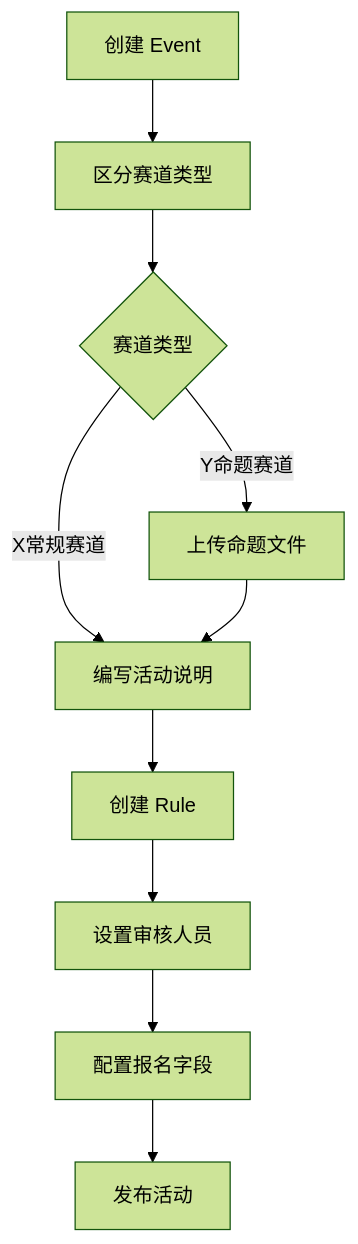
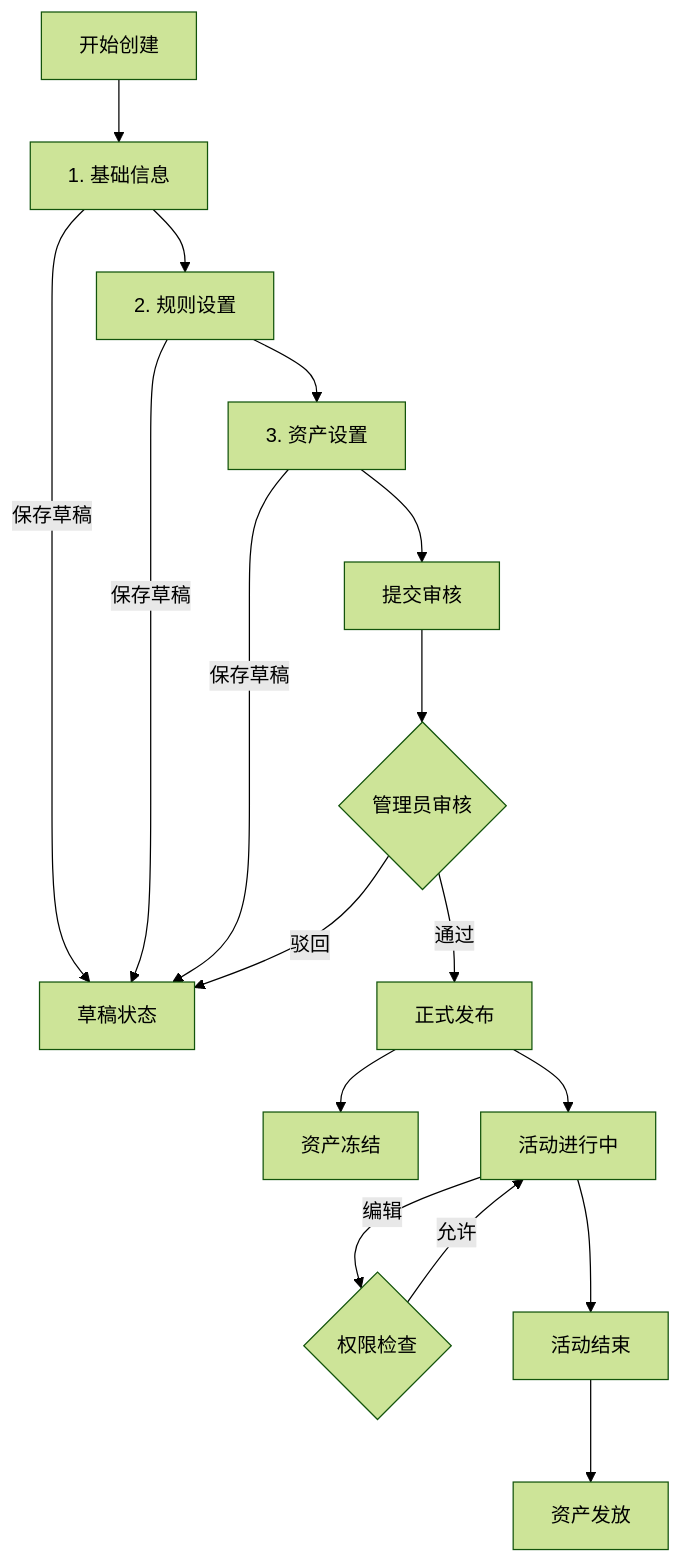
The diagram in docs/user-journeys/02-activity-setup.md (H2OSLabs/SynnovatorZero), drawn with Mermaid (forest theme) before and after one commit. The commit also changed other lines of this file and 6 other files, not shown here.

````diff
--- a/docs/user-journeys/02-activity-setup.md
+++ b/docs/user-journeys/02-activity-setup.md
@@ -7,12 +7,19 @@
 ```mermaid
 flowchart TD
-    A[创建 Event] --> B[区分赛道类型]
-    B --> B1{赛道类型}
-    B1 -->|X常规赛道| C[编写活动说明]
-    B1 -->|Y命题赛道| B2[上传命题文件]
-    B2 --> C
-    C --> D[创建 Rule]
-    D --> E[设置审核人员]
-    E --> F[配置报名字段]
-    F --> G[发布活动]
+    Start[开始创建] --> Step1[1. 基础信息]
+    Step1 -->|保存草稿| Draft[草稿状态]
+    Step1 --> Step2[2. 规则设置]
+    Step2 -->|保存草稿| Draft
+    Step2 --> Step3[3. 资产设置]
+    Step3 -->|保存草稿| Draft
+    Step3 --> Submit[提交审核]
+    Submit --> Review{管理员审核}
+    Review -->|通过| Published[正式发布]
+    Review -->|驳回| Draft
+    Published --> Frozen[资产冻结]
+    Published --> Running[活动进行中]
+    Running -->|编辑| EditCheck{权限检查}
+    EditCheck -->|允许| Running
+    Running --> End[活动结束]
+    End --> Distribute[资产发放]
 ```
````
